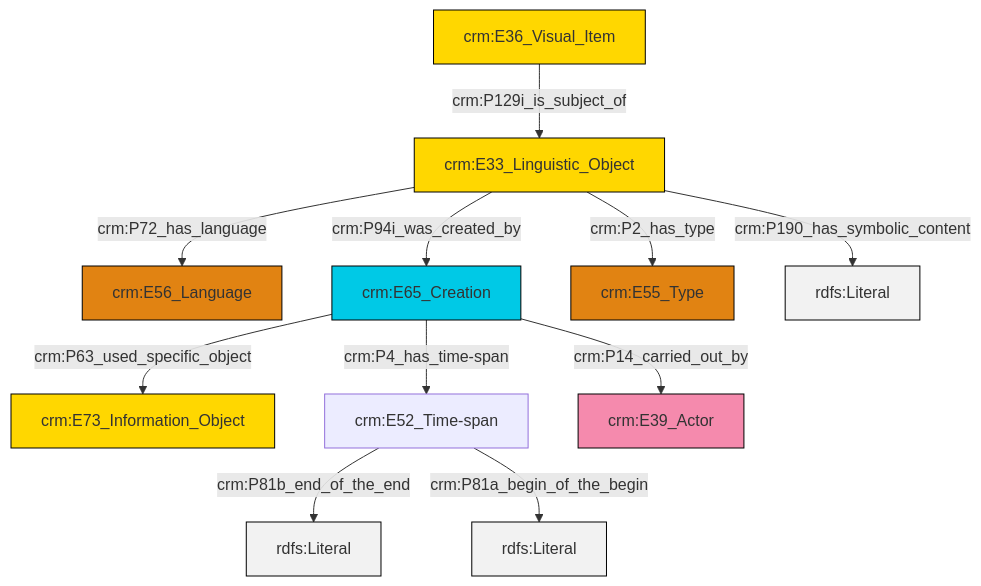
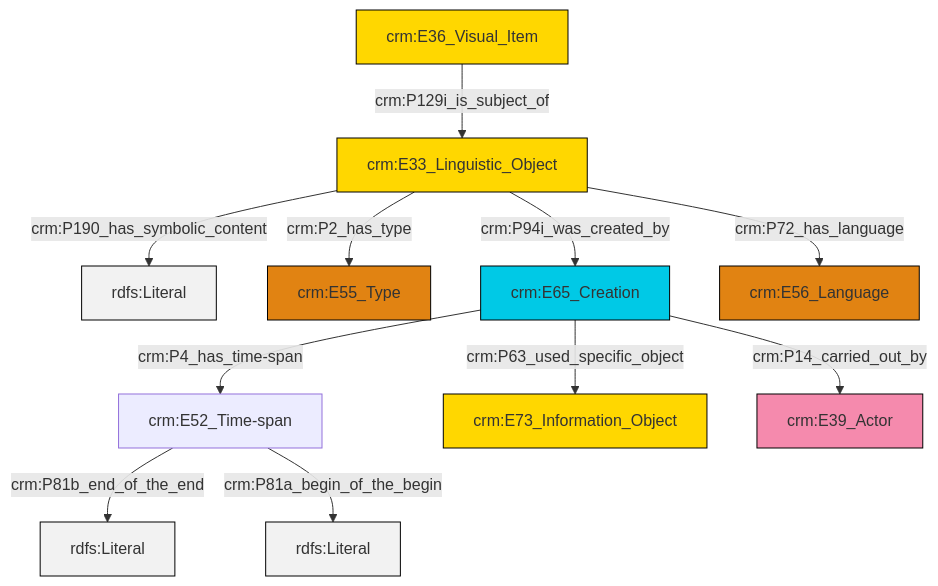
The diagram in et/imgCSV/ttl/mmd/img_desc.ttl.mmd (swiss-art-research-net/docs.swissartresearch), drawn with Mermaid before and after one commit. The commit also changed 185 other files, not shown here.

```diff
--- a/et/imgCSV/ttl/mmd/img_desc.ttl.mmd
+++ b/et/imgCSV/ttl/mmd/img_desc.ttl.mmd
@@ -1,25 +1,25 @@
 graph TD
 classDef Literal fill:#f2f2f2,stroke:#000000;
 classDef CRM_Entity fill:#FFFFFF,stroke:#000000;
 classDef Temporal_Entity fill:#00C9E6, stroke:#000000;
 classDef Type fill:#E18312, stroke:#000000;
 classDef Time-Span fill:#2C9C91, stroke:#000000;
 classDef Appellation fill:#FFEB7F, stroke:#000000;
 classDef Place fill:#008836, stroke:#000000;
 classDef Persistent_Item fill:#B266B2, stroke:#000000;
 classDef Conceptual_Object fill:#FFD700, stroke:#000000;
 classDef Physical_Thing fill:#D2B48C, stroke:#000000;
 classDef Actor fill:#f58aad, stroke:#000000;
 classDef PC_Classes fill:#4ce600, stroke:#000000;
 classDef Multi fill:#cccccc,stroke:#000000;
 
-2["crm:E65_Creation"]:::Temporal_Entity -->|crm:P63_used_specific_object| 4["crm:E73_Information_Object"]:::Conceptual_Object
-5["crm:E33_Linguistic_Object"]:::Conceptual_Object -->|crm:P72_has_language| 0["crm:E56_Language"]:::Type
-5["crm:E33_Linguistic_Object"]:::Conceptual_Object -->|crm:P94i_was_created_by| 2["crm:E65_Creation"]:::Temporal_Entity
-6["crm:E52_Time-span"]:::Default -->|crm:P81b_end_of_the_end| 7[rdfs:Literal]:::Literal
-6["crm:E52_Time-span"]:::Default -->|crm:P81a_begin_of_the_begin| 13[rdfs:Literal]:::Literal
-11["crm:E36_Visual_Item"]:::Conceptual_Object -->|crm:P129i_is_subject_of| 5["crm:E33_Linguistic_Object"]:::Conceptual_Object
-5["crm:E33_Linguistic_Object"]:::Conceptual_Object -->|crm:P2_has_type| 8["crm:E55_Type"]:::Type
-2["crm:E65_Creation"]:::Temporal_Entity -->|crm:P14_carried_out_by| 14["crm:E39_Actor"]:::Actor
-2["crm:E65_Creation"]:::Temporal_Entity -->|crm:P4_has_time-span| 6["crm:E52_Time-span"]:::Default
-5["crm:E33_Linguistic_Object"]:::Conceptual_Object -->|crm:P190_has_symbolic_content| 17[rdfs:Literal]:::Literal
+2["crm:E33_Linguistic_Object"]:::Conceptual_Object -->|crm:P190_has_symbolic_content| 3[rdfs:Literal]:::Literal
+4["crm:E52_Time-span"]:::Default -->|crm:P81b_end_of_the_end| 5[rdfs:Literal]:::Literal
+10["crm:E65_Creation"]:::Temporal_Entity -->|crm:P63_used_specific_object| 6["crm:E73_Information_Object"]:::Conceptual_Object
+2["crm:E33_Linguistic_Object"]:::Conceptual_Object -->|crm:P72_has_language| 11["crm:E56_Language"]:::Type
+10["crm:E65_Creation"]:::Temporal_Entity -->|crm:P4_has_time-span| 4["crm:E52_Time-span"]:::Default
+4["crm:E52_Time-span"]:::Default -->|crm:P81a_begin_of_the_begin| 14[rdfs:Literal]:::Literal
+2["crm:E33_Linguistic_Object"]:::Conceptual_Object -->|crm:P2_has_type| 8["crm:E55_Type"]:::Type
+2["crm:E33_Linguistic_Object"]:::Conceptual_Object -->|crm:P94i_was_created_by| 10["crm:E65_Creation"]:::Temporal_Entity
+0["crm:E36_Visual_Item"]:::Conceptual_Object -->|crm:P129i_is_subject_of| 2["crm:E33_Linguistic_Object"]:::Conceptual_Object
+10["crm:E65_Creation"]:::Temporal_Entity -->|crm:P14_carried_out_by| 12["crm:E39_Actor"]:::Actor
```
